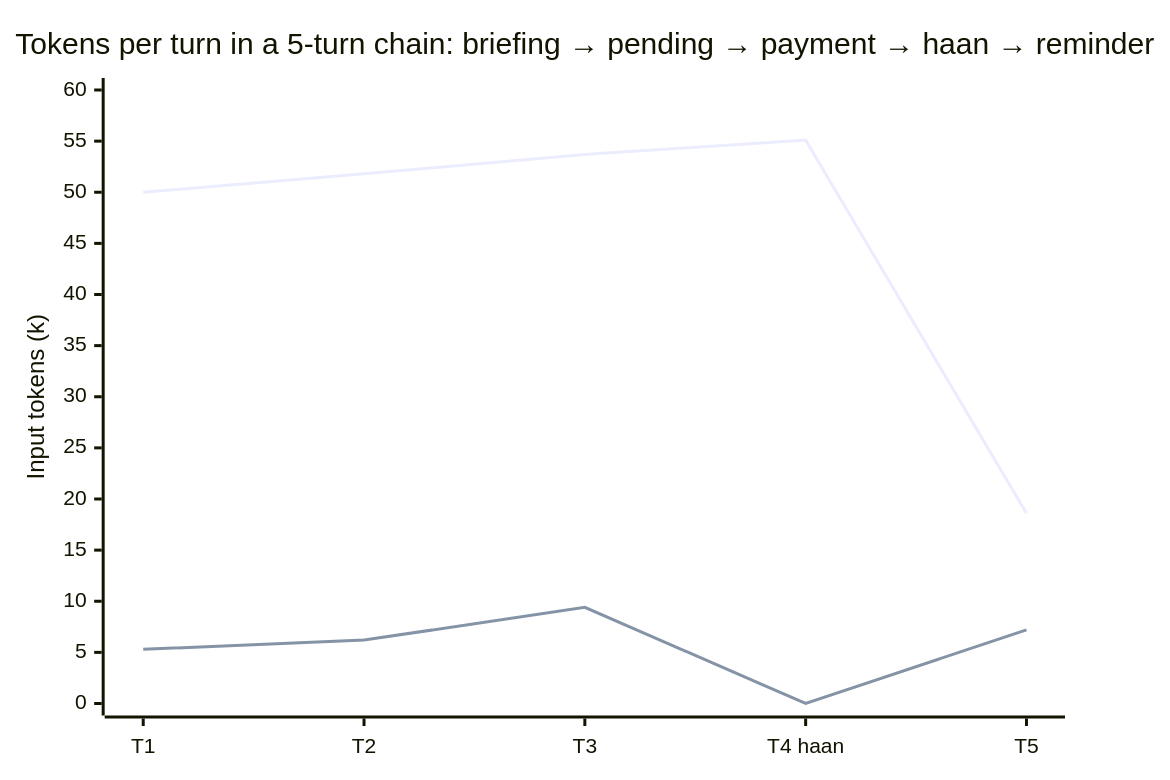
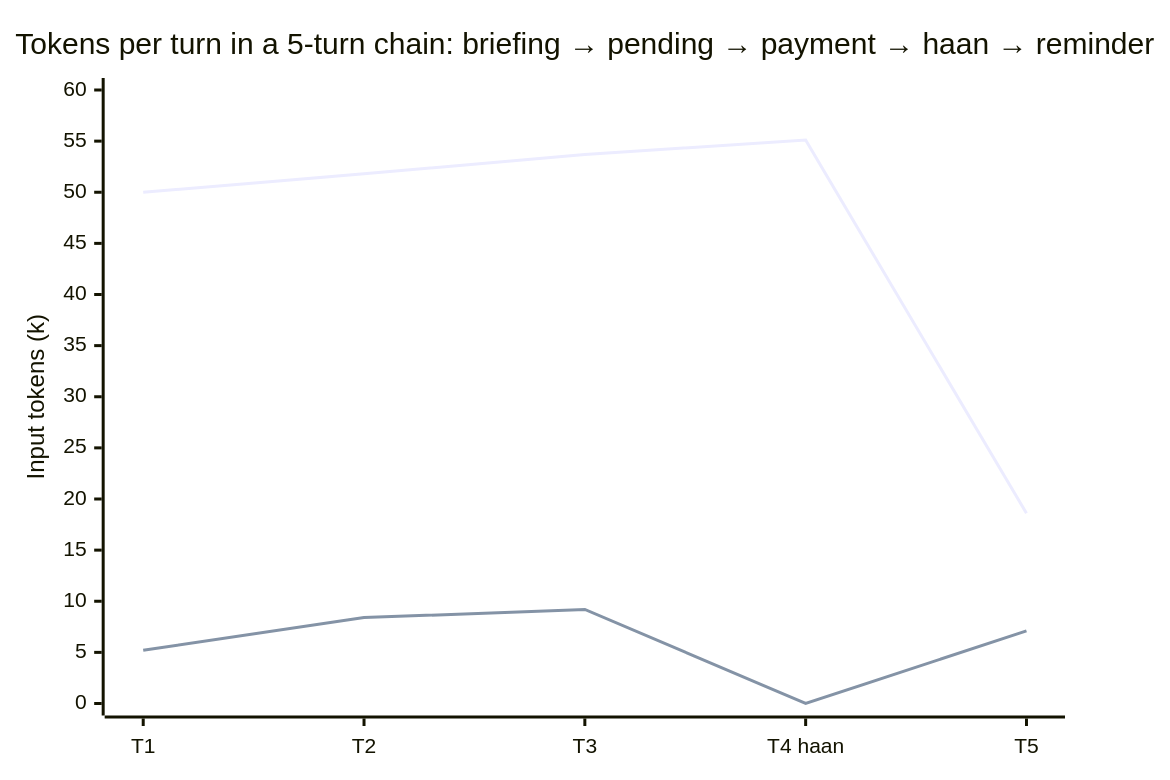
One commit to irfan3838/Builders changed diagram 16 of 22 in submission/PRESENTATION.md. Above: the diagram before and after it, drawn with Mermaid. The commit also changed other lines of this file and 4 other files, not shown here.

First line of the commit message:
docs(submission): fix mixed-run eval numbers, honest cost claims, Tally/Zoho roadmap

````diff
--- a/submission/PRESENTATION.md
+++ b/submission/PRESENTATION.md
@@ -422,8 +424,8 @@
 ```mermaid
 xychart-beta
     title "Tokens per turn in a 5-turn chain: briefing → pending → payment → haan → reminder"
     x-axis ["T1", "T2", "T3", "T4 haan", "T5"]
     y-axis "Input tokens (k)" 0 --> 60
     line [50.0, 51.8, 53.7, 55.1, 18.6]
-    line [5.3, 6.2, 9.4, 0, 7.2]
+    line [5.2, 8.4, 9.2, 0, 7.1]
 ```
````
